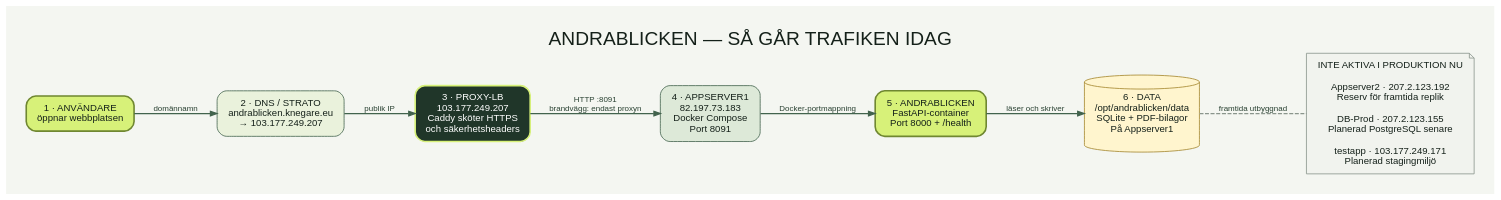
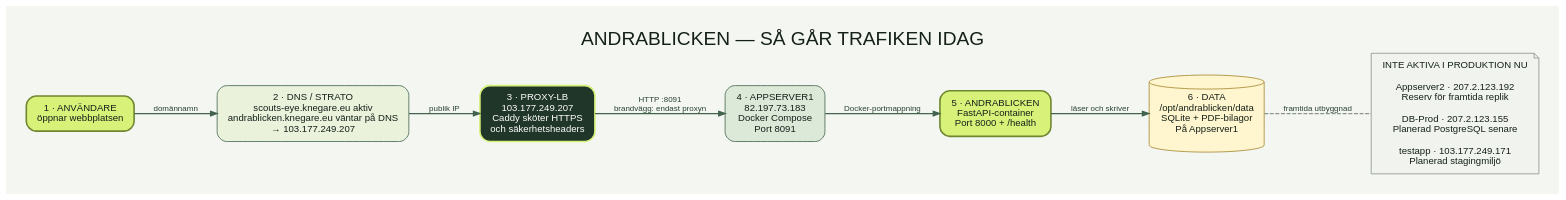
Before and after one commit to Harvare1/scouts-eye: the diagram in docs/infrastruktur.dot, drawn with Graphviz. The commit also changed 6 other files, not shown here.

```diff
--- a/docs/infrastruktur.dot
+++ b/docs/infrastruktur.dot
@@ -1,20 +1,20 @@
 digraph Infrastructure {
   graph [rankdir=LR, bgcolor="#F4F6F1", pad="0.35", nodesep="0.45", ranksep="0.7", fontname="Arial", label="ANDRABLICKEN — SÅ GÅR TRAFIKEN IDAG", labelloc="t", fontsize=24, fontcolor="#142019"];
   node [shape=box, style="rounded,filled", fontname="Arial", fontsize=12, color="#42634D", fontcolor="#142019", fillcolor="#FFFFFF", margin="0.18,0.13"];
   edge [fontname="Arial", fontsize=10, color="#42634D", fontcolor="#294132", arrowsize=0.8, penwidth=1.6];
 
   user [label="1 · ANVÄNDARE\nöppnar webbplatsen", fillcolor="#D7F179", color="#6F8731", penwidth=2];
-  dns [label="2 · DNS / STRATO\nandrablicken.knegare.eu\n→ 103.177.249.207", fillcolor="#EAF2DC"];
+  dns [label="2 · DNS / STRATO\nscouts-eye.knegare.eu aktiv\nandrablicken.knegare.eu väntar på DNS\n→ 103.177.249.207", fillcolor="#EAF2DC"];
   proxy [label="3 · PROXY-LB\n103.177.249.207\nCaddy sköter HTTPS\noch säkerhetsheaders", fillcolor="#203629", fontcolor="#FFFFFF", color="#D7F179", penwidth=2];
   host [label="4 · APPSERVER1\n82.197.73.183\nDocker Compose\nPort 8091", fillcolor="#DDE9D8"];
   app [label="5 · ANDRABLICKEN\nFastAPI-container\nPort 8000 + /health", fillcolor="#D7F179", color="#6F8731", penwidth=2];
   data [shape=cylinder, label="6 · DATA\n/opt/andrablicken/data\nSQLite + PDF-bilagor\nPå Appserver1", fillcolor="#FFF5CE", color="#A4862C"];
   reserve [shape=note, label="INTE AKTIVA I PRODUKTION NU\n\nAppserver2 · 207.2.123.192\nReserv för framtida replik\n\nDB-Prod · 207.2.123.155\nPlanerad PostgreSQL senare\n\ntestapp · 103.177.249.171\nPlanerad stagingmiljö", fillcolor="#F1F3EE", color="#8A958C"];
 
   user -> dns [label="domännamn"];
   dns -> proxy [label="publik IP"];
   proxy -> host [label="HTTP :8091\nbrandvägg: endast proxyn"];
   host -> app [label="Docker-portmappning"];
   app -> data [label="läser och skriver"];
   data -> reserve [style=dashed, arrowhead=none, color="#8A958C", label="framtida utbyggnad"];
 }
```
